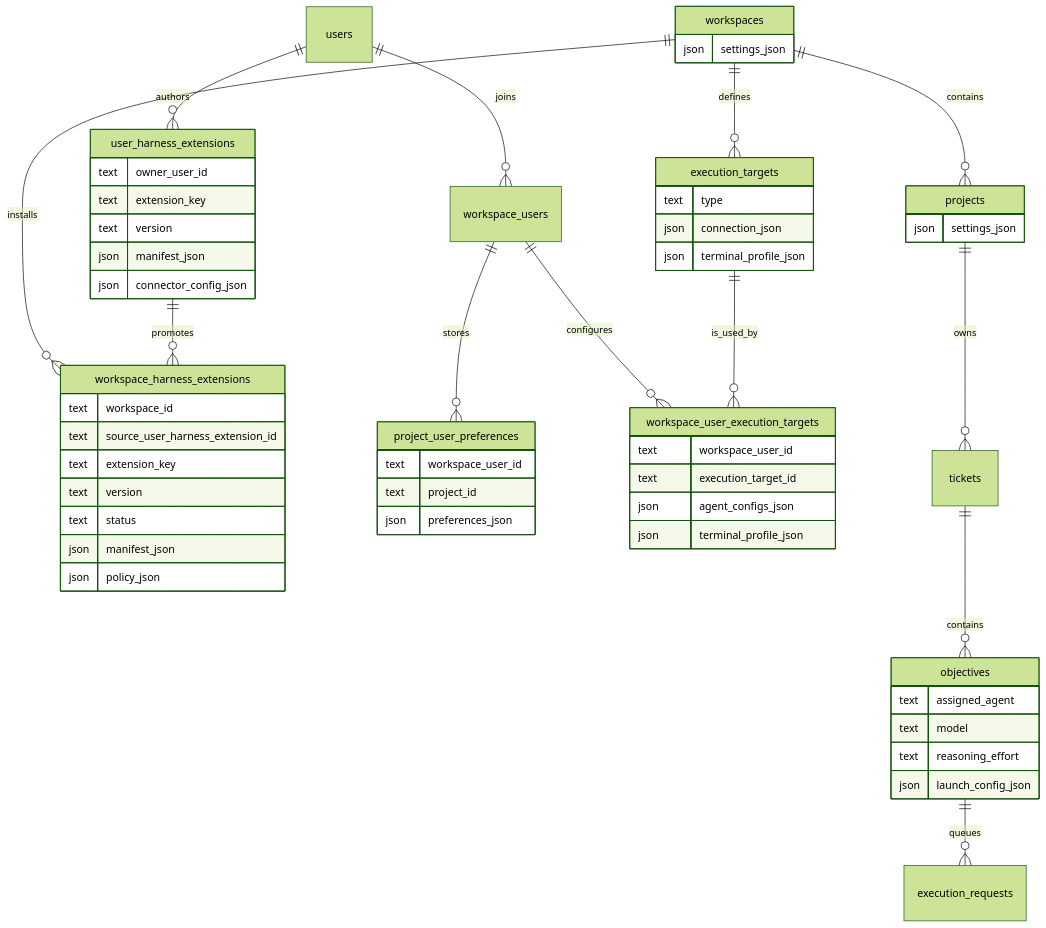
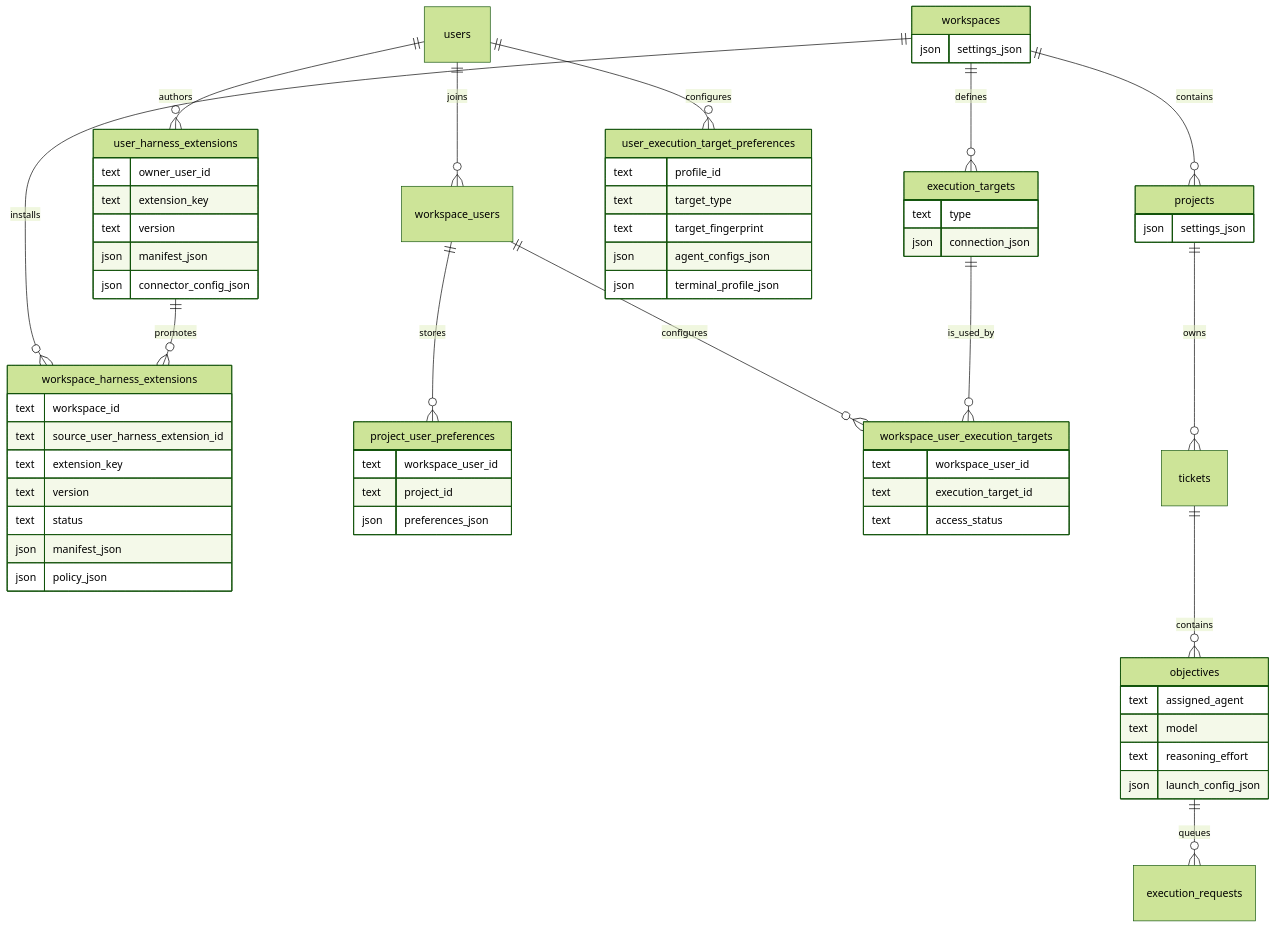
The first of 4 diagrams in connectors/docs/agent-harness-configuration-architecture.md (cooperativ-labs/OpenOverlord), drawn with Mermaid (forest theme) before and after one commit. The commit also changed other lines of this file and 76 other files, not shown here.

````diff
--- a/connectors/docs/agent-harness-configuration-architecture.md
+++ b/connectors/docs/agent-harness-configuration-architecture.md
@@ -63,67 +65,74 @@
 ```mermaid
 erDiagram
   workspaces ||--o{ projects : contains
   workspaces ||--o{ execution_targets : defines
   users ||--o{ workspace_users : joins
+  users ||--o{ user_execution_target_preferences : configures
   users ||--o{ user_harness_extensions : authors
   workspaces ||--o{ workspace_harness_extensions : installs
   user_harness_extensions ||--o{ workspace_harness_extensions : promotes
   workspace_users ||--o{ project_user_preferences : stores
   workspace_users ||--o{ workspace_user_execution_targets : configures
   execution_targets ||--o{ workspace_user_execution_targets : is_used_by
   projects ||--o{ tickets : owns
   tickets ||--o{ objectives : contains
   objectives ||--o{ execution_requests : queues
 
   workspaces {
     json settings_json
   }
 
   projects {
     json settings_json
   }
 
   project_user_preferences {
     text workspace_user_id
     text project_id
     json preferences_json
   }
 
   user_harness_extensions {
     text owner_user_id
     text extension_key
     text version
     json manifest_json
     json connector_config_json
   }
 
   workspace_harness_extensions {
     text workspace_id
     text source_user_harness_extension_id
     text extension_key
     text version
     text status
     json manifest_json
     json policy_json
   }
 
   execution_targets {
     text type
     json connection_json
-    json terminal_profile_json
   }
 
   workspace_user_execution_targets {
     text workspace_user_id
     text execution_target_id
+    text access_status
+  }
+
+  user_execution_target_preferences {
+    text profile_id
+    text target_type
+    text target_fingerprint
     json agent_configs_json
     json terminal_profile_json
   }
 
   objectives {
     text assigned_agent
     text model
     text reasoning_effort
     json launch_config_json
   }
 ```
````
